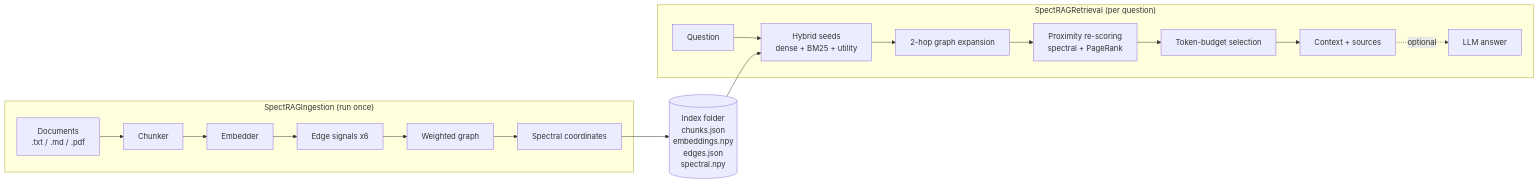
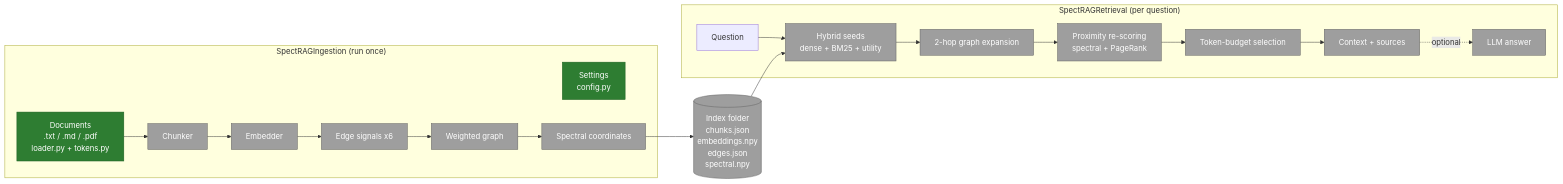
Before and after one commit to aion7891/Spect-RAG: the first of 6 diagrams in README.md, drawn with Mermaid. The commit also changed other lines of this file and 13 other files, not shown here.

Commit message:
feat: Phase 2 – package skeleton, settings, document loader and token counter

````diff
--- a/README.md
+++ b/README.md
@@ -146,20 +149,24 @@
 ```mermaid
 flowchart LR
     subgraph OFFLINE["SpectRAGIngestion (run once)"]
-        A["Documents<br/>.txt / .md / .pdf"] --> B["Chunker"]
-        B --> C["Embedder"]
-        C --> D["Edge signals x6"]
-        D --> E["Weighted graph"]
-        E --> F["Spectral coordinates"]
+        S["Settings<br/>config.py"]:::done
+        A["Documents<br/>.txt / .md / .pdf<br/>loader.py + tokens.py"]:::done --> B["Chunker"]:::todo
+        B --> C["Embedder"]:::todo
+        C --> D["Edge signals x6"]:::todo
+        D --> E["Weighted graph"]:::todo
+        E --> F["Spectral coordinates"]:::todo
     end
-    F --> G[("Index folder<br/>chunks.json<br/>embeddings.npy<br/>edges.json<br/>spectral.npy")]
+    F --> G[("Index folder<br/>chunks.json<br/>embeddings.npy<br/>edges.json<br/>spectral.npy")]:::todo
     subgraph ONLINE["SpectRAGRetrieval (per question)"]
-        H["Question"] --> I["Hybrid seeds<br/>dense + BM25 + utility"]
-        I --> J["2-hop graph expansion"]
-        J --> K["Proximity re-scoring<br/>spectral + PageRank"]
-        K --> L["Token-budget selection"]
-        L --> M["Context + sources"]
-        M -.optional.-> N["LLM answer"]
+        H["Question"] --> I["Hybrid seeds<br/>dense + BM25 + utility"]:::todo
+        I --> J["2-hop graph expansion"]:::todo
+        J --> K["Proximity re-scoring<br/>spectral + PageRank"]:::todo
+        K --> L["Token-budget selection"]:::todo
+        L --> M["Context + sources"]:::todo
+        M -.optional.-> N["LLM answer"]:::todo
     end
     G --> I
+    classDef done fill:#2e7d32,color:#fff,stroke:#1b5e20
+    classDef doing fill:#f9a825,color:#000,stroke:#f57f17
+    classDef todo fill:#9e9e9e,color:#fff,stroke:#616161
 ```
````
